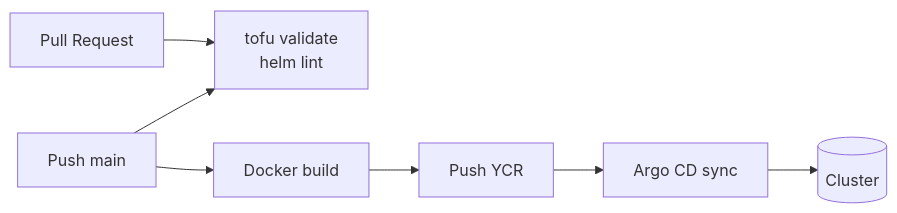
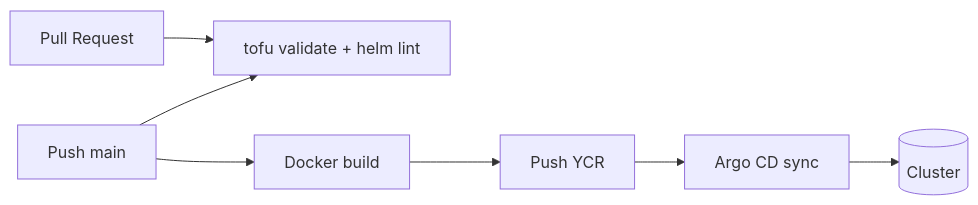
Before and after one commit to L3xu5/minecraft-yc-devops: the second of 2 diagrams in README.md, drawn with Mermaid. The commit also changed other lines of this file and 26 other files, not shown here.

````diff
--- a/README.md
+++ b/README.md
@@ -147,9 +113,9 @@
 ```mermaid
 flowchart LR
-  PR[Pull Request] --> V[tofu validate<br/>helm lint]
+  PR[Pull Request] --> V[tofu validate + helm lint]
   M[Push main] --> V
   M --> B[Docker build]
   B --> P[Push YCR]
   P --> S[Argo CD sync]
   S --> K8s[(Cluster)]
 ```
````
